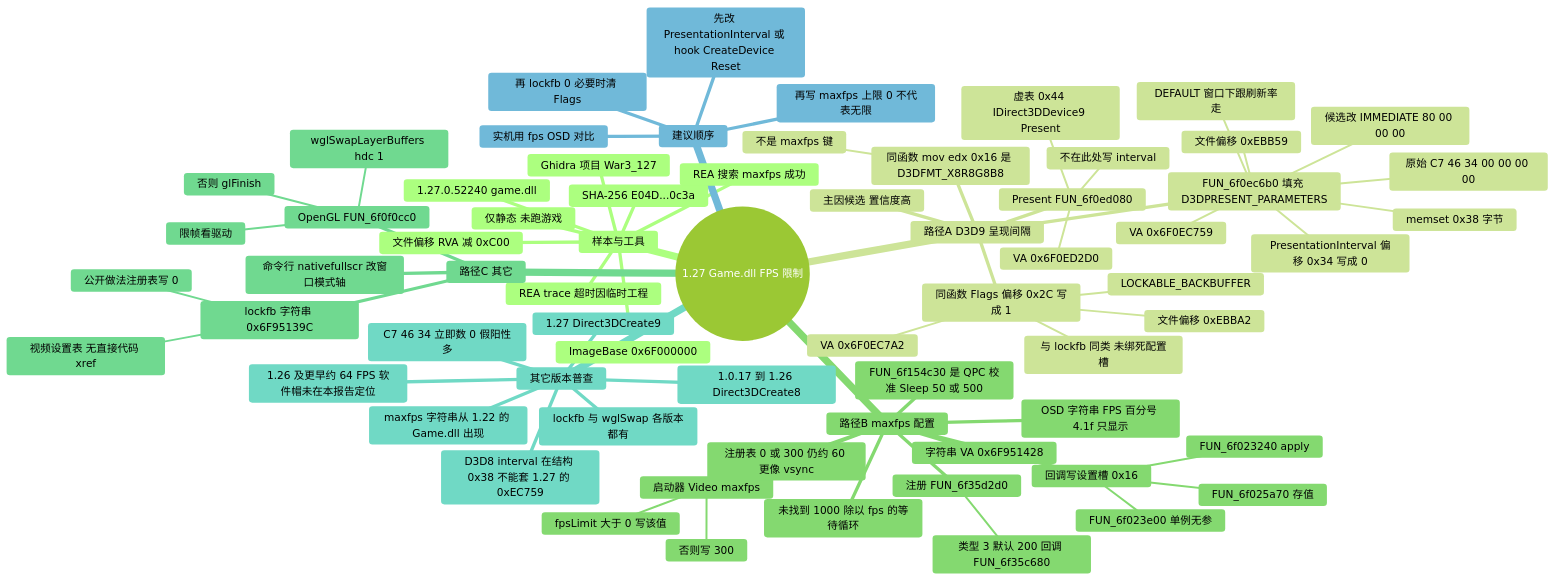
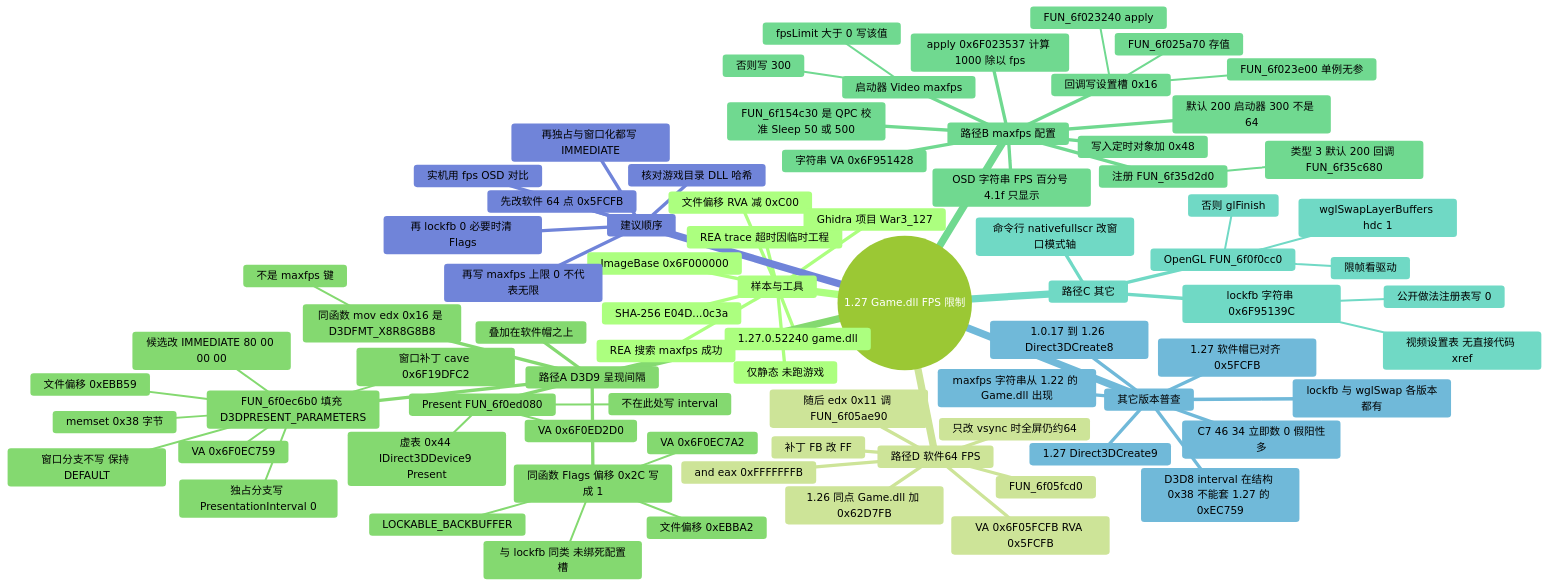
The diagram in analyses/warcraft-iii-1.27-fps-unlock-mindmap.md (wuxiancong/War3Analysis), drawn with Mermaid (forest theme) before and after one commit. The commit also changed 61 other files, not shown here.

````diff
--- a/analyses/warcraft-iii-1.27-fps-unlock-mindmap.md
+++ b/analyses/warcraft-iii-1.27-fps-unlock-mindmap.md
@@ -3,71 +3,82 @@
 ```mermaid
 mindmap
   root((1.27 Game.dll FPS 限制))
     样本与工具
       1.27.0.52240 game.dll
       SHA-256 E04D...0c3a
       ImageBase 0x6F000000
       文件偏移 RVA 减 0xC00
       REA 搜索 maxfps 成功
       REA trace 超时因临时工程
       Ghidra 项目 War3_127
       仅静态 未跑游戏
+    路径D 软件64 FPS
+      FUN_6f05fcd0
+      and eax 0xFFFFFFFB
+      VA 0x6F05FCFB RVA 0x5FCFB
+      随后 edx 0x11 调 FUN_6f05ae90
+      1.26 同点 Game.dll 加 0x62D7FB
+      补丁 FB 改 FF
+      只改 vsync 时全屏仍约64
     路径A D3D9 呈现间隔
-      主因候选 置信度高
+      叠加在软件帽之上
       FUN_6f0ec6b0 填充 D3DPRESENT_PARAMETERS
         memset 0x38 字节
-        PresentationInterval 偏移 0x34 写成 0
-        DEFAULT 窗口下跟刷新率走
+        独占分支写 PresentationInterval 0
+        窗口分支不写 保持 DEFAULT
         VA 0x6F0EC759
         文件偏移 0xEBB59
-        原始 C7 46 34 00 00 00 00
+        窗口补丁 cave 0x6F19DFC2
         候选改 IMMEDIATE 80 00 00 00
       同函数 Flags 偏移 0x2C 写成 1
         LOCKABLE_BACKBUFFER
         VA 0x6F0EC7A2
         文件偏移 0xEBBA2
         与 lockfb 同类 未绑死配置槽
       Present FUN_6f0ed080
         虚表 0x44 IDirect3DDevice9 Present
         VA 0x6F0ED2D0
         不在此处写 interval
       同函数 mov edx 0x16 是 D3DFMT_X8R8G8B8
         不是 maxfps 键
     路径B maxfps 配置
       字符串 VA 0x6F951428
       注册 FUN_6f35d2d0
         类型 3 默认 200 回调 FUN_6f35c680
       回调写设置槽 0x16
         FUN_6f023e00 单例无参
         FUN_6f025a70 存值
         FUN_6f023240 apply
       启动器 Video maxfps
         fpsLimit 大于 0 写该值
         否则写 300
-      未找到 1000 除以 fps 的等待循环
+      apply 0x6F023537 计算 1000 除以 fps
+      写入定时对象加 0x48
+      默认 200 启动器 300 不是 64
       FUN_6f154c30 是 QPC 校准 Sleep 50 或 500
-      注册表 0 或 300 仍约 60 更像 vsync
       OSD 字符串 FPS 百分号 4.1f 只显示
     路径C 其它
       lockfb 字符串 0x6F95139C
         视频设置表 无直接代码 xref
         公开做法注册表写 0
       OpenGL FUN_6f0f0cc0
         wglSwapLayerBuffers hdc 1
         否则 glFinish
         限帧看驱动
       命令行 nativefullscr 改窗口模式轴
     其它版本普查
       1.0.17 到 1.26 Direct3DCreate8
       1.27 Direct3DCreate9
       maxfps 字符串从 1.22 的 Game.dll 出现
       lockfb 与 wglSwap 各版本都有
-      1.26 及更早约 64 FPS 软件帽未在本报告定位
+      1.27 软件帽已对齐 0x5FCFB
       D3D8 interval 在结构 0x38 不能套 1.27 的 0xEC759
       C7 46 34 立即数 0 假阳性多
     建议顺序
-      先改 PresentationInterval 或 hook CreateDevice Reset
+      先改软件 64 点 0x5FCFB
+      再独占与窗口化都写 IMMEDIATE
       再 lockfb 0 必要时清 Flags
       再写 maxfps 上限 0 不代表无限
+      核对游戏目录 DLL 哈希
       实机用 fps OSD 对比
 ```
````
